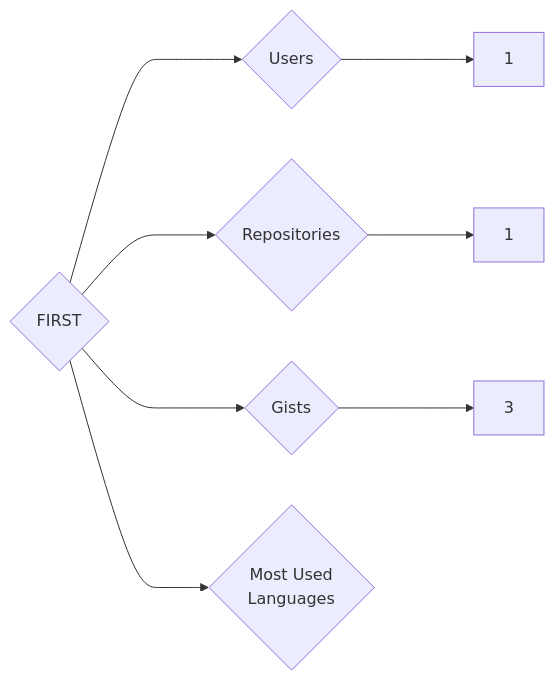
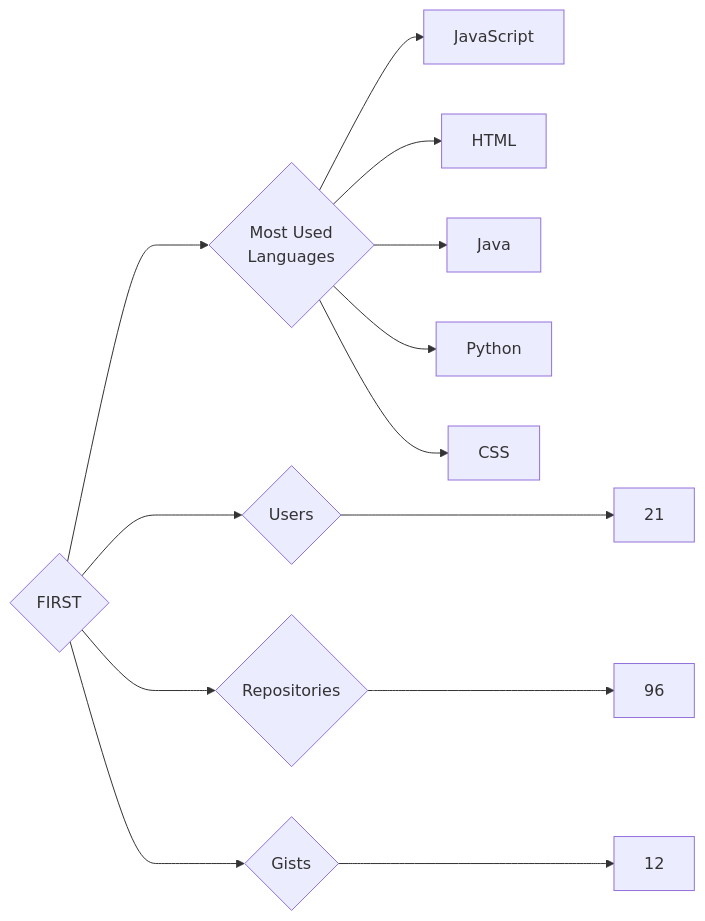
One commit to trickest/insiders changed the diagram in targets/FIRST/README.md. Above: the diagram before and after it, drawn with Mermaid. The commit also changed 736 other files, not shown here.

````diff
--- a/targets/FIRST/README.md
+++ b/targets/FIRST/README.md
@@ -3,8 +3,13 @@
 ```mermaid
 graph LR
 COMPANY_NAME{FIRST}
-COMPANY_NAME ---> U{Users} ---> UN[1]
-COMPANY_NAME ---> R{Repositories} ---> RN[1]
-COMPANY_NAME ---> G{Gists} ---> GN[3]
+COMPANY_NAME ---> U{Users} ---> UN[21]
+COMPANY_NAME ---> R{Repositories} ---> RN[96]
+COMPANY_NAME ---> G{Gists} ---> GN[12]
 COMPANY_NAME ---> ML{Most Used<br>Languages}
+ML --> JavaScript[JavaScript]
+ML --> HTML[HTML]
+ML --> Java[Java]
+ML --> Python[Python]
+ML --> CSS[CSS]
 ```
````
